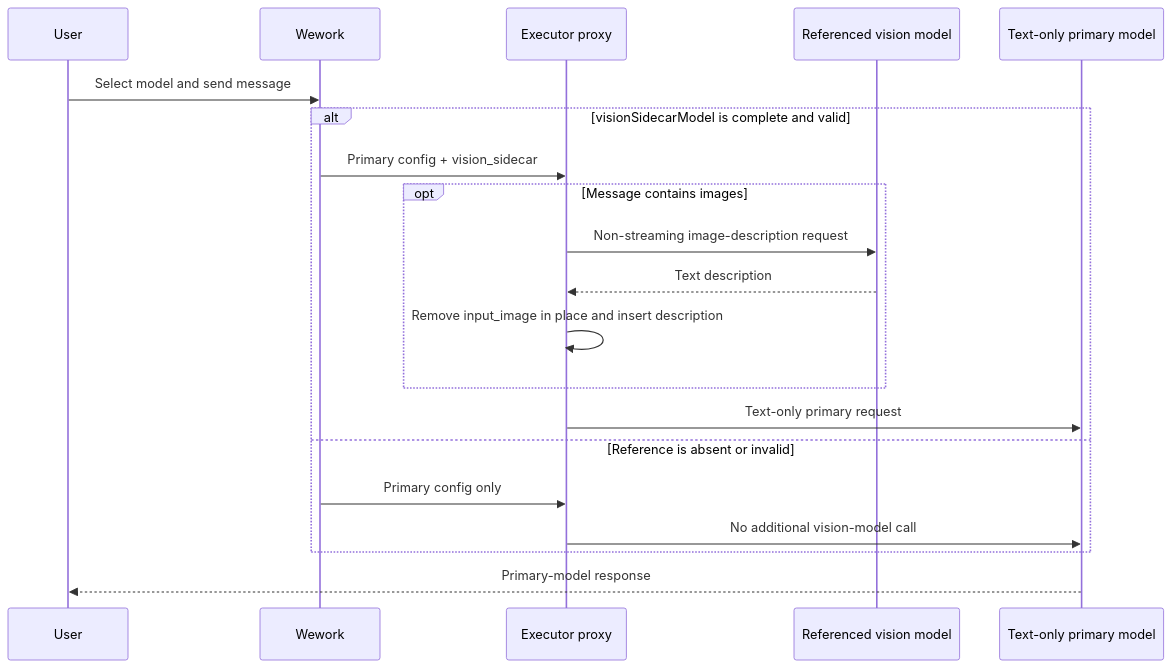
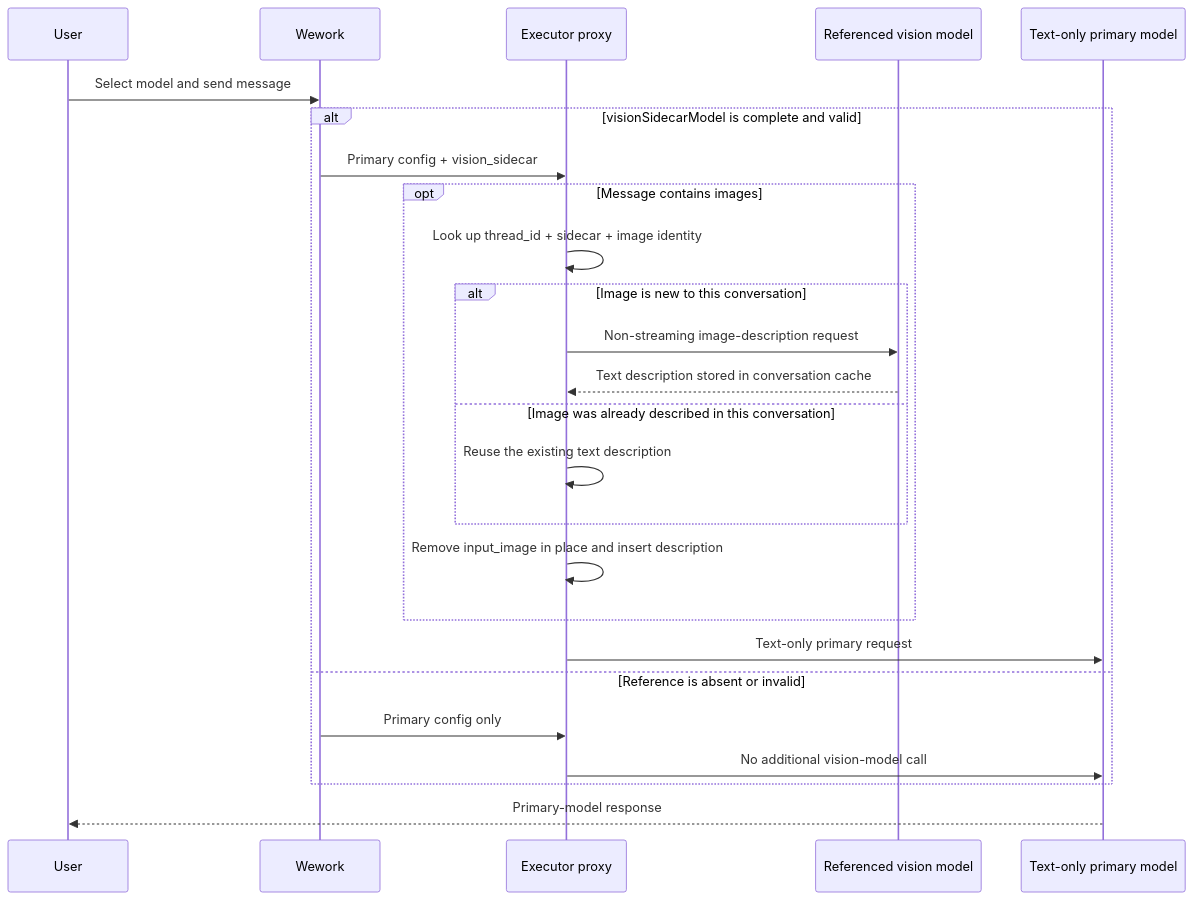
Before and after one commit to wecode-ai/wegent-docs: the second of 2 diagrams in docs/architecture/model-vision-delegation.md, drawn with Mermaid. The commit also changed other lines of this file and 1 other file, not shown here.

Commit message:
Sync documentation from main Wegent repository

````diff
--- a/docs/architecture/model-vision-delegation.md
+++ b/docs/architecture/model-vision-delegation.md
@@ -25,23 +25,28 @@
 ```mermaid
 sequenceDiagram
     participant U as User
     participant W as Wework
     participant E as Executor proxy
     participant V as Referenced vision model
     participant P as Text-only primary model
 
     U->>W: Select model and send message
     alt visionSidecarModel is complete and valid
         W->>E: Primary config + vision_sidecar
         opt Message contains images
-            E->>V: Non-streaming image-description request
-            V-->>E: Text description
+            E->>E: Look up thread_id + sidecar + image identity
+            alt Image is new to this conversation
+                E->>V: Non-streaming image-description request
+                V-->>E: Text description stored in conversation cache
+            else Image was already described in this conversation
+                E->>E: Reuse the existing text description
+            end
             E->>E: Remove input_image in place and insert description
         end
         E->>P: Text-only primary request
     else Reference is absent or invalid
         W->>E: Primary config only
         E->>P: No additional vision-model call
     end
     P-->>U: Primary-model response
 ```
````
